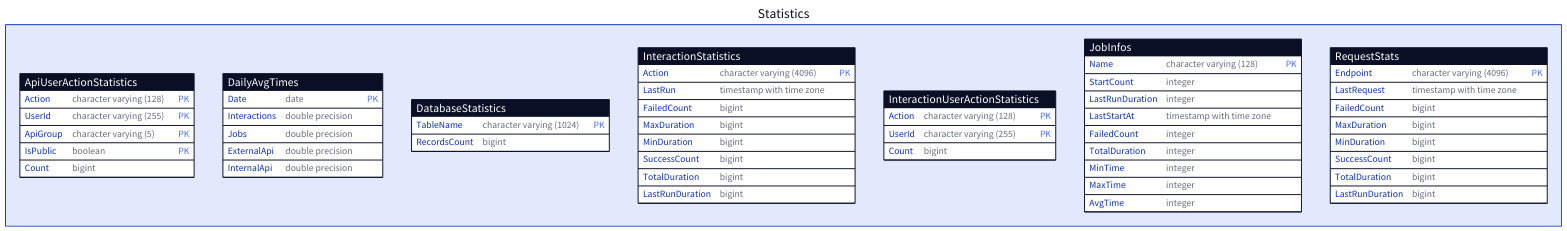
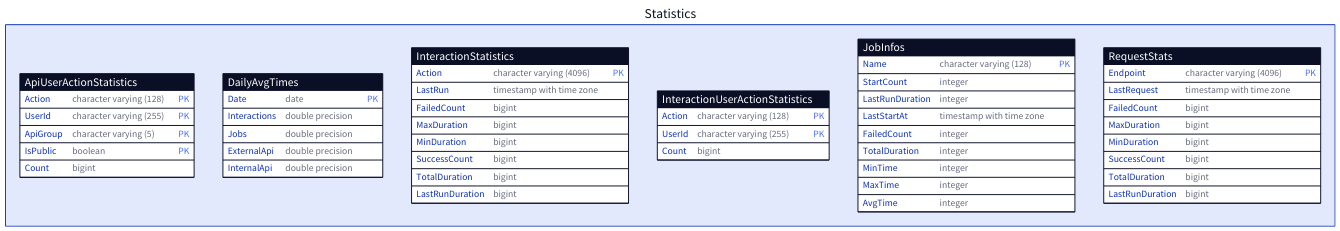
One commit to GrillBot/grillbot-docs changed the diagram in data/database_audit-log-statistics.d2. Above: the diagram before and after it, drawn with D2. The commit also changed 10 other files, not shown here.

```diff
--- a/data/database_audit-log-statistics.d2
+++ b/data/database_audit-log-statistics.d2
@@ -1,74 +1,67 @@
 Statistics.ApiUserActionStatistics: {
   shape: sql_table
 
   Action: character varying (128) {constraint: primary_key}
   UserId: character varying (255) {constraint: primary_key}
   ApiGroup: character varying (5) {constraint: primary_key}
   IsPublic: boolean {constraint: primary_key}
   Count: bigint
 }
 
 Statistics.DailyAvgTimes: {
   shape: sql_table
 
   Date: date {constraint: primary_key}
   Interactions: double precision
   Jobs: double precision
   ExternalApi: double precision
   InternalApi: double precision
-}
-
-Statistics.DatabaseStatistics: {
-  shape: sql_table
-
-  TableName: character varying (1024) {constraint: primary_key}
-  RecordsCount: bigint
 }
 
 Statistics.InteractionStatistics: {
   shape: sql_table
 
   Action: character varying (4096) {constraint: primary_key}
   LastRun: timestamp with time zone
   FailedCount: bigint
   MaxDuration: bigint
   MinDuration: bigint
   SuccessCount: bigint
   TotalDuration: bigint
   LastRunDuration: bigint
 }
 
 Statistics.InteractionUserActionStatistics: {
   shape: sql_table
 
   Action: character varying (128) {constraint: primary_key}
   UserId: character varying (255) {constraint: primary_key}
   Count: bigint
 }
 
 Statistics.JobInfos: {
   shape: sql_table
 
   Name: character varying (128) {constraint: primary_key}
   StartCount: integer
   LastRunDuration: integer
   LastStartAt: timestamp with time zone
   FailedCount: integer
   TotalDuration: integer
   MinTime: integer
   MaxTime: integer
   AvgTime: integer
 }
 
 Statistics.RequestStats: {
   shape: sql_table
 
   Endpoint: character varying (4096) {constraint: primary_key}
   LastRequest: timestamp with time zone
   FailedCount: bigint
   MaxDuration: bigint
   MinDuration: bigint
   SuccessCount: bigint
   TotalDuration: bigint
   LastRunDuration: bigint
 }
```
